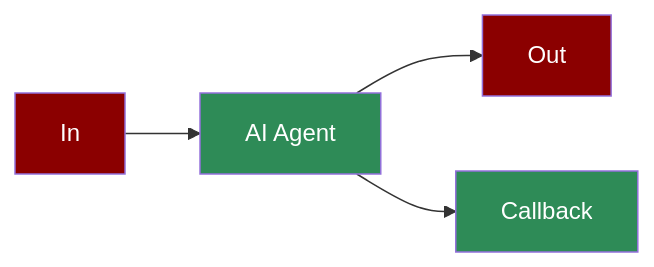
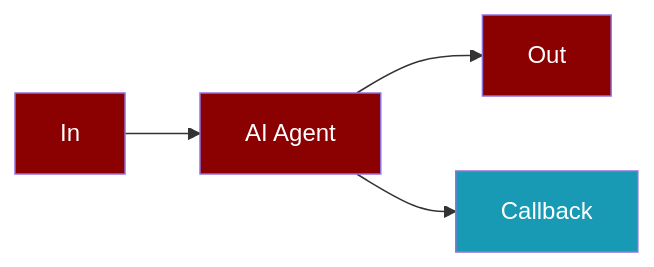
The first of 2 diagrams in docs/features/callbacks.mdx (MervinPraison/PraisonAIDocs), drawn with Mermaid before and after one commit. The commit also changed 24 other files, not shown here.

````diff
--- a/docs/features/callbacks.mdx
+++ b/docs/features/callbacks.mdx
@@ -8,11 +8,12 @@
 ```mermaid
 flowchart LR
     In[In] --> Agent[AI Agent]
     Agent --> Out[Out]
     Agent --> Callback[Callback]
     
-    style In fill:#8B0000,color:#fff
-    style Agent fill:#2E8B57,color:#fff
-    style Callback fill:#2E8B57,color:#fff
-    style Out fill:#8B0000,color:#fff
+    classDef agent fill:#8B0000,color:#fff
+    classDef tool fill:#189AB4,color:#fff
+    
+    class Agent,In,Out agent
+    class Callback tool
 ```
````
